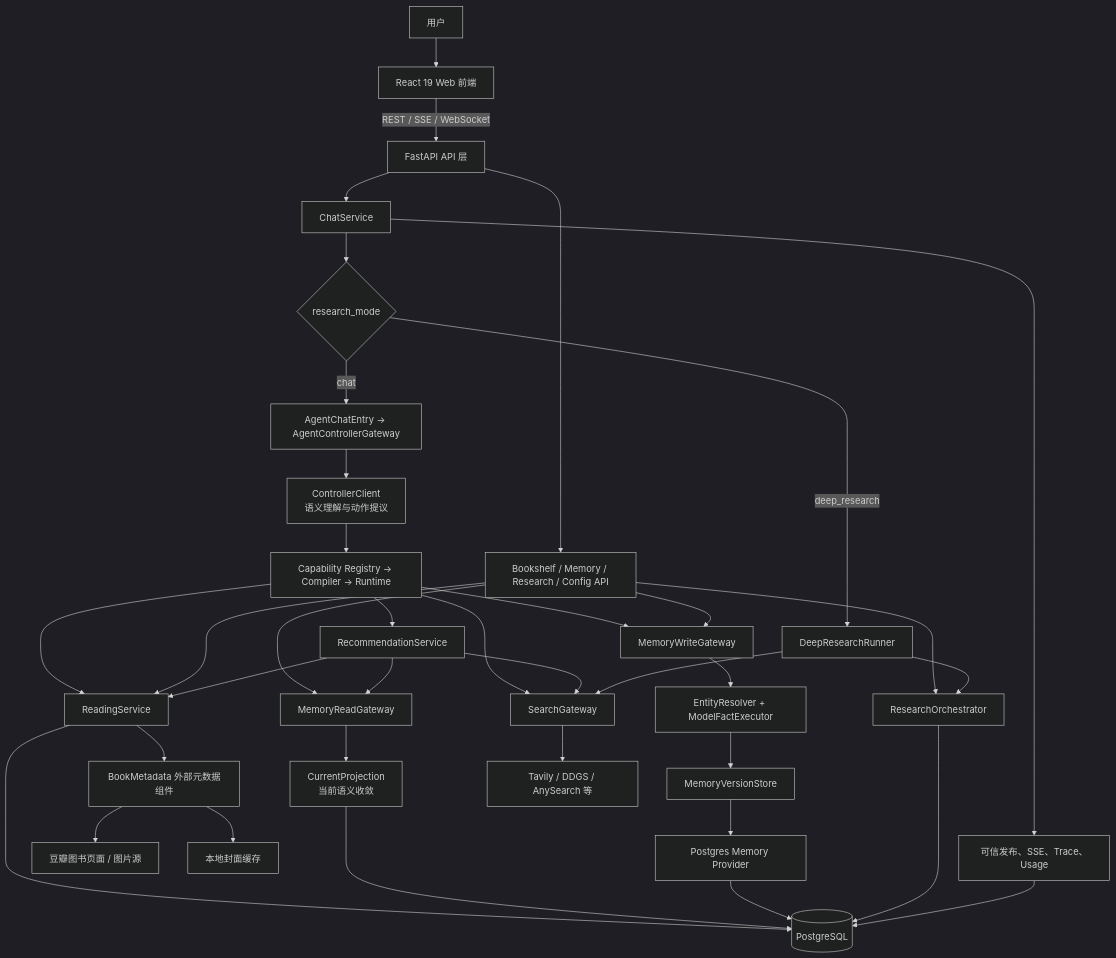
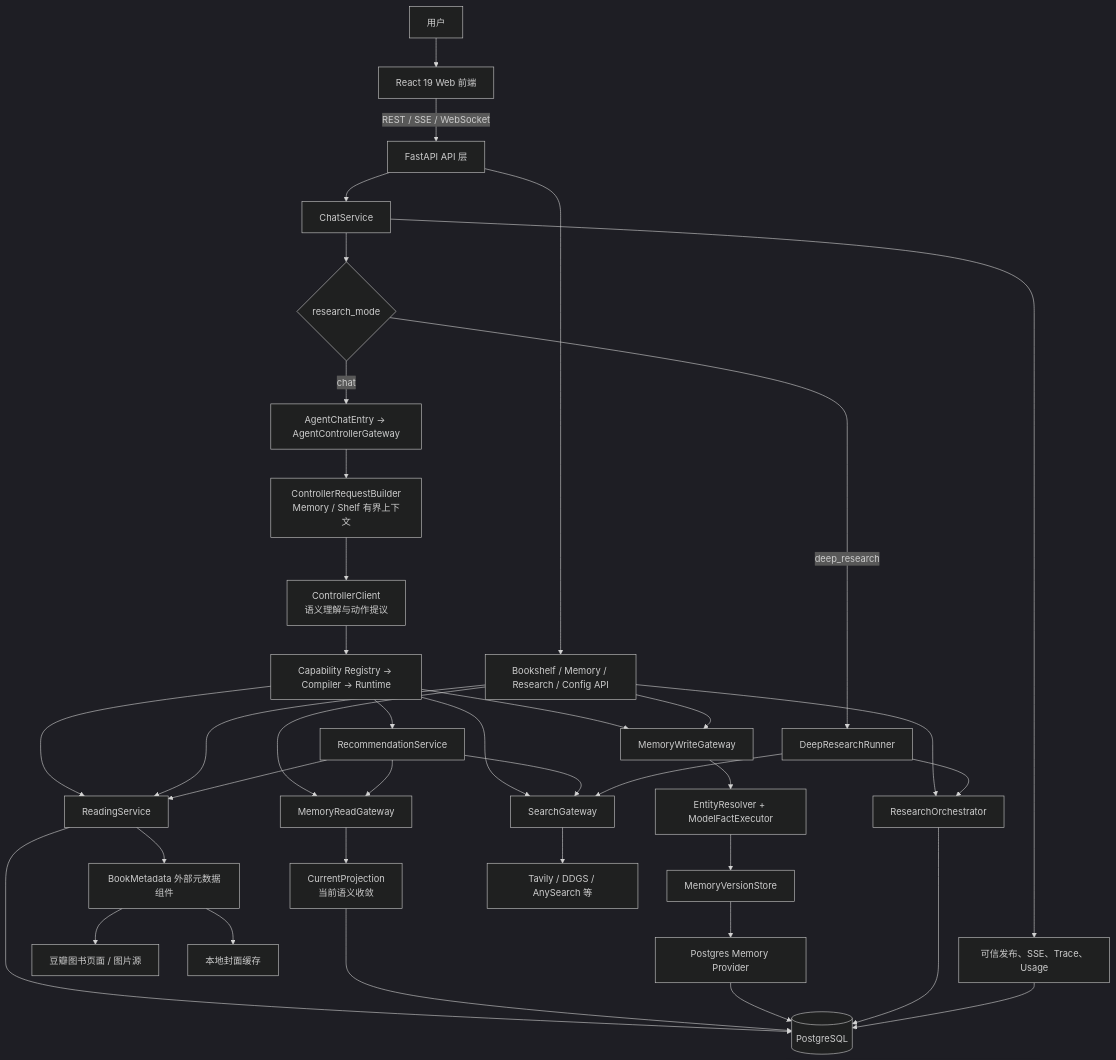
One commit to vic-ice/AgentHub changed the first of 6 diagrams in docs/论文技术事实材料.md. Above: the diagram before and after it, drawn with Mermaid (dark theme). The commit also changed other lines of this file and 4 other files, not shown here.

```diff
--- a/docs/论文技术事实材料.md
+++ b/docs/论文技术事实材料.md
@@ -79,46 +80,47 @@
 ~~~mermaid
 flowchart TB
     U["用户"] --> FE["React 19 Web 前端"]
     FE -->|"REST / SSE / WebSocket"| API["FastAPI API 层"]
 
     API --> CHAT["ChatService"]
     API --> DOMAINAPI["Bookshelf / Memory / Research / Config API"]
 
     CHAT --> MODE{"research_mode"}
     MODE -->|"chat"| AG["AgentChatEntry → AgentControllerGateway"]
     MODE -->|"deep_research"| DR["DeepResearchRunner"]
 
-    AG --> CTRL["ControllerClient<br/>语义理解与动作提议"]
+    AG --> CTX["ControllerRequestBuilder<br/>Memory / Shelf 有界上下文"]
+    CTX --> CTRL["ControllerClient<br/>语义理解与动作提议"]
     CTRL --> EXEC["Capability Registry → Compiler → Runtime"]
     EXEC --> MWG["MemoryWriteGateway"]
     EXEC --> RS["ReadingService"]
     EXEC --> REC["RecommendationService"]
     EXEC --> SG["SearchGateway"]
 
     DOMAINAPI --> RS
     DOMAINAPI --> MWG
     DOMAINAPI --> MRG["MemoryReadGateway"]
     DOMAINAPI --> RO["ResearchOrchestrator"]
 
     MWG --> MFE["EntityResolver + ModelFactExecutor"]
     MFE --> VS["MemoryVersionStore"]
     VS --> MP["Postgres Memory Provider"]
     RS --> PG[("PostgreSQL")]
     REC --> MRG
     REC --> RS
     REC --> SG
     MRG --> MCP["CurrentProjection<br/>当前语义收敛"]
     MCP --> PG
     MP --> PG
     RO --> PG
     DR --> SG
     DR --> RO
 
     RS --> META["BookMetadata 外部元数据组件"]
     META --> DBAN["豆瓣图书页面 / 图片源"]
     META --> COVER["本地封面缓存"]
     SG --> EXT["Tavily / DDGS / AnySearch 等"]
 
     CHAT --> PUB["可信发布、SSE、Trace、Usage"]
     PUB --> PG
 ~~~
```
